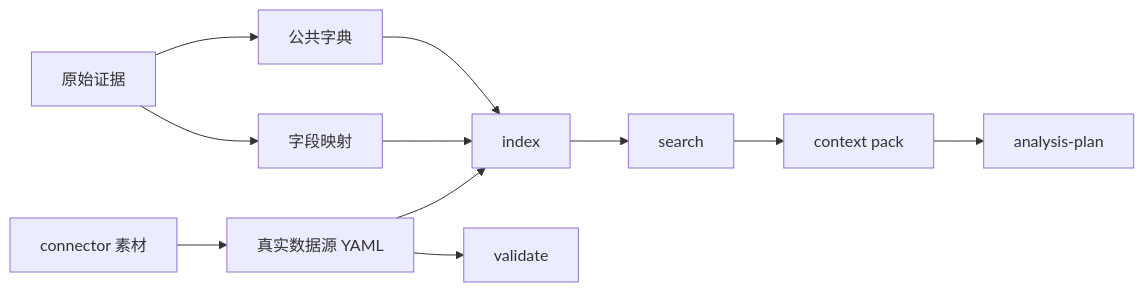
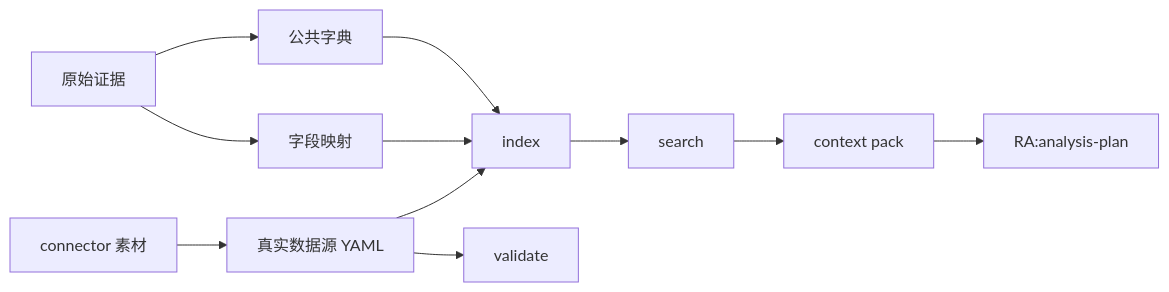
One commit to dabaige53/RealAnalyst changed the diagram in skills/metadata/README.md. Above: the diagram before and after it, drawn with Mermaid. The commit also changed other lines of this file and 49 other files, not shown here.

````diff
--- a/skills/metadata/README.md
+++ b/skills/metadata/README.md
@@ -29,11 +29,11 @@
 ```mermaid
 flowchart LR
     Sources[原始证据] --> Dictionaries[公共字典]
     Sources --> Mappings[字段映射]
     Sync[connector 素材] --> Datasets[真实数据源 YAML]
     Dictionaries --> Index[index]
     Mappings --> Index
     Datasets --> Validate[validate]
     Datasets --> Index
-    Index --> Search[search] --> Context[context pack] --> Plan[analysis-plan]
+    Index --> Search[search] --> Context[context pack] --> Plan[RA:analysis-plan]
 ```
````
